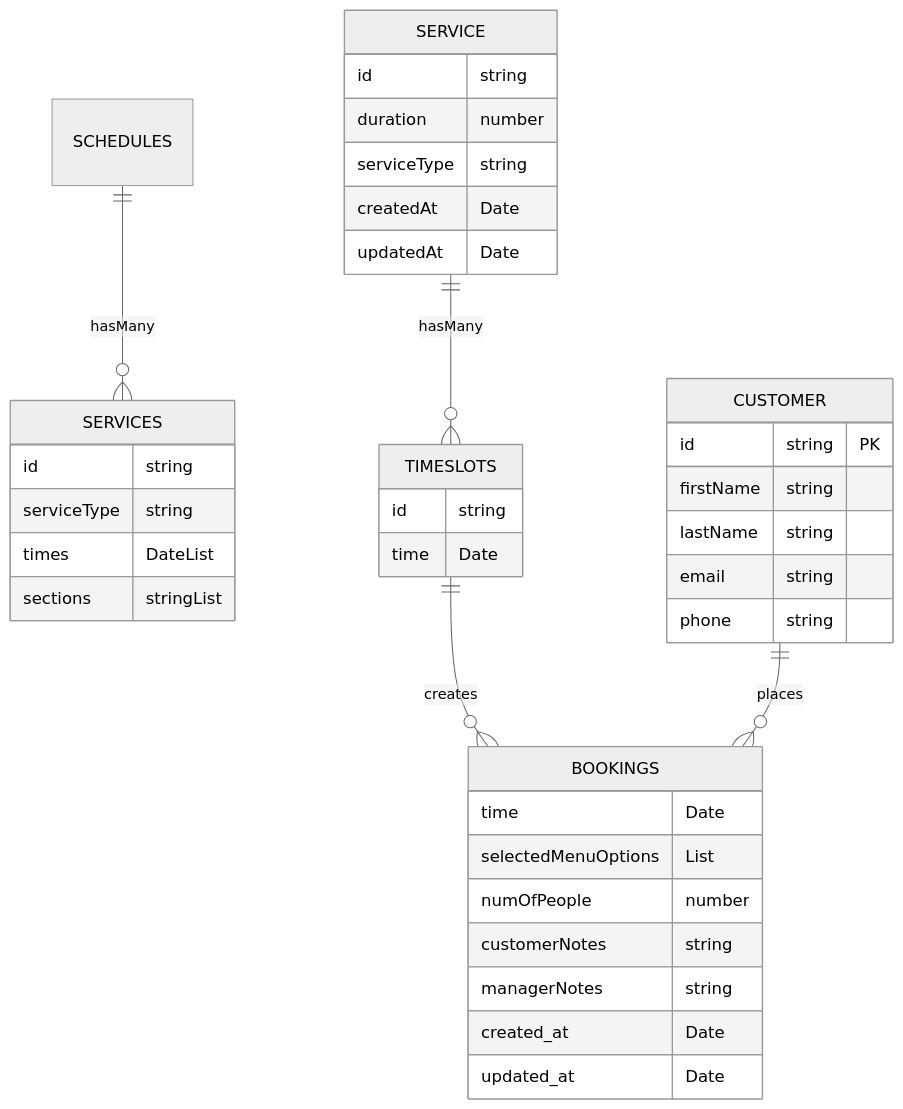
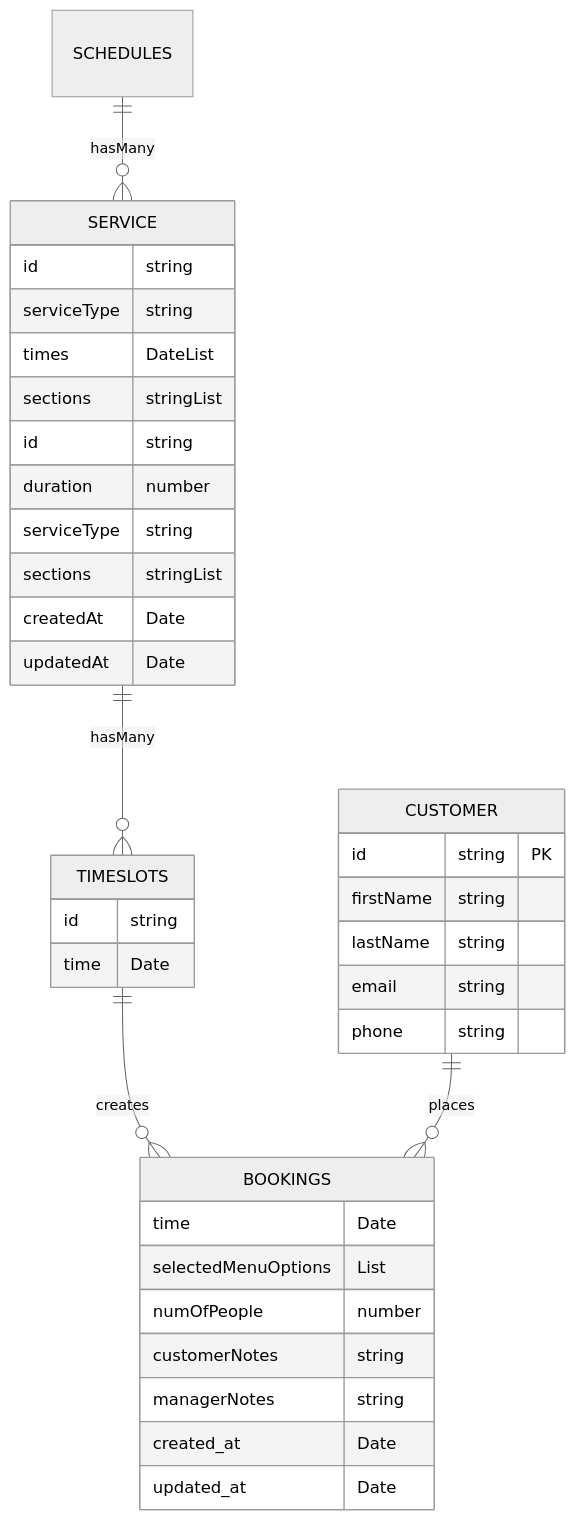
One commit to garaxer/serverless-invoicing changed the second of 4 diagrams in invoice-service/README.md. Above: the diagram before and after it, drawn with Mermaid (neutral theme). The commit also changed other lines of this file and 6 other files, not shown here.

````diff
--- a/invoice-service/README.md
+++ b/invoice-service/README.md
@@ -165,44 +170,45 @@
 ```mermaid
 erDiagram
-    SCHEDULES ||--o{ SERVICES : hasMany
+    SCHEDULES ||--o{ SERVICE : hasMany
     SCHEDULES {
 
     }
-    SERVICES {
+    SERVICE {
         id string
         serviceType string
         times DateList
         sections stringList
     }
 
     SERVICE ||--o{ TIMESLOTS : hasMany
     SERVICE {
         id string
         duration number
         serviceType string
+        sections stringList
         createdAt Date
         updatedAt Date
     } 
     TIMESLOTS ||--o{ BOOKINGS : creates
     TIMESLOTS {
         id string
         time Date
     }
     BOOKINGS {
         time Date
         selectedMenuOptions List
         numOfPeople number
         customerNotes string
         managerNotes string
         created_at Date
         updated_at Date
     }
     CUSTOMER ||--o{ BOOKINGS : places
     CUSTOMER {
         id string PK
         firstName string
         lastName string
         email string
         phone string
     }
 ```
````
